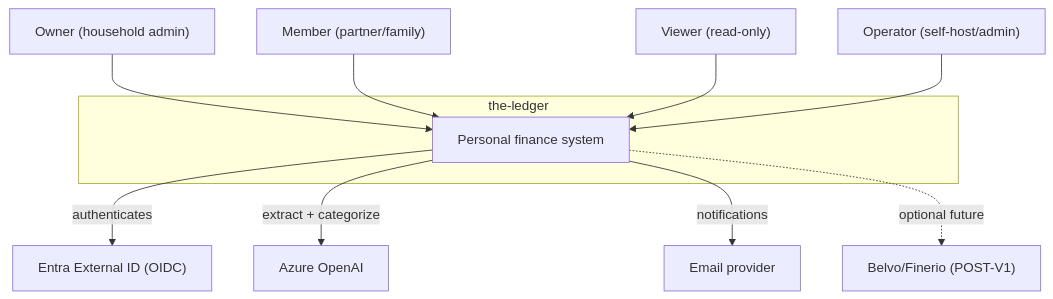
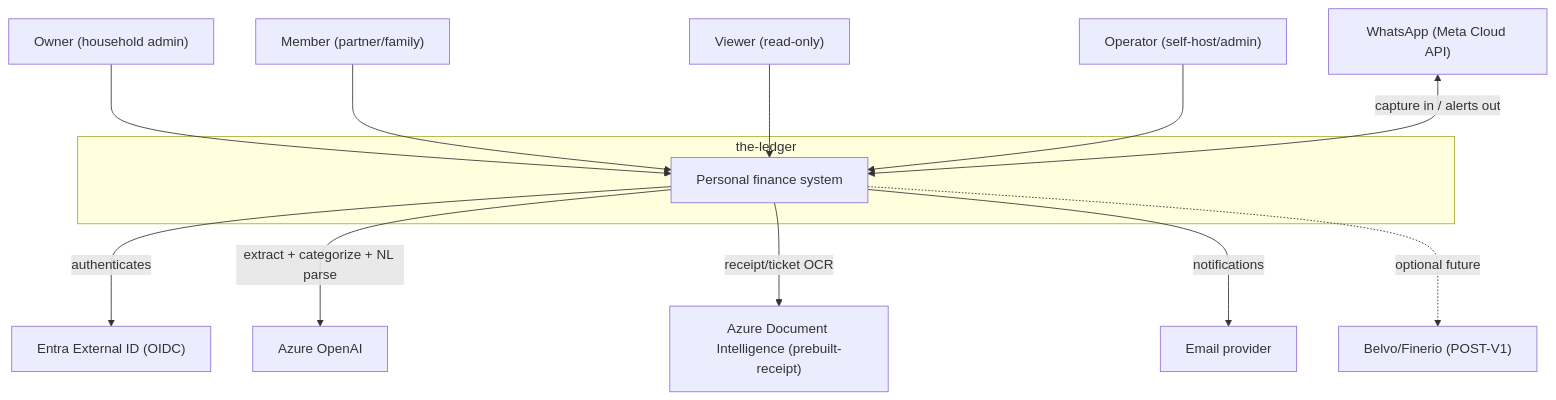
The diagram in ARCH.md (abrahamFerga/the-ledger), drawn with Mermaid before and after one commit. The commit also changed other lines of this file and 2 other files, not shown here.

First line of the commit message:
arch: design epic 9 "AI Capture & Channels" (#48) — ADR-0009/0010/0011

````diff
--- a/ARCH.md
+++ b/ARCH.md
@@ -14,22 +18,26 @@
 ```mermaid
 flowchart TB
     owner["Owner (household admin)"]
     member["Member (partner/family)"]
     viewer["Viewer (read-only)"]
     operator["Operator (self-host/admin)"]
     subgraph sys [the-ledger]
         ledger["Personal finance system"]
     end
     idp["Entra External ID (OIDC)"]
     openai["Azure OpenAI"]
+    docintel["Azure Document Intelligence (prebuilt-receipt)"]
     email["Email provider"]
+    whatsapp["WhatsApp (Meta Cloud API)"]
     belvo["Belvo/Finerio (POST-V1)"]
     owner --> ledger
     member --> ledger
     viewer --> ledger
     operator --> ledger
     ledger -->|authenticates| idp
-    ledger -->|extract + categorize| openai
+    ledger -->|extract + categorize + NL parse| openai
+    ledger -->|receipt/ticket OCR| docintel
     ledger -->|notifications| email
+    whatsapp <-->|capture in / alerts out| ledger
     ledger -.->|optional future| belvo
 ```
````
